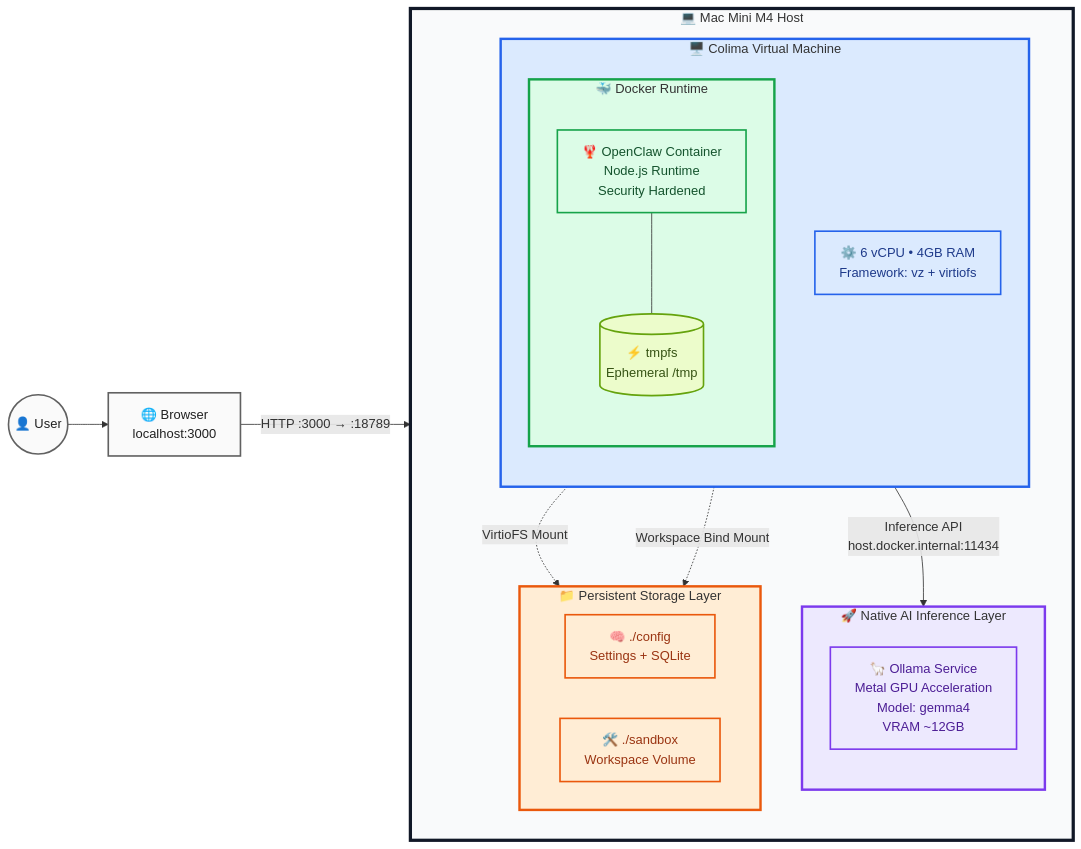
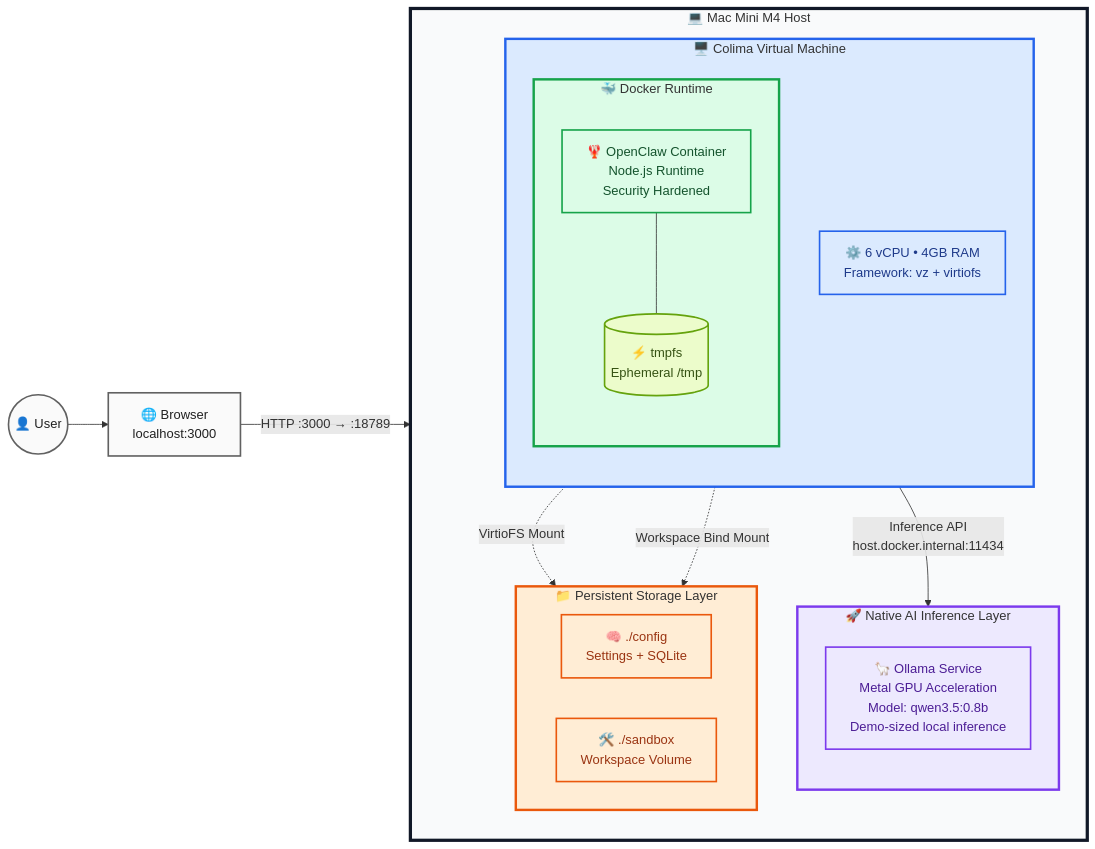
One commit to cuicaihao/openclaw-sandbox-macos changed the diagram in README.md. Above: the diagram before and after it, drawn with Mermaid. The commit also changed other lines of this file and 5 other files, not shown here.

````diff
--- a/README.md
+++ b/README.md
@@ -175,48 +176,48 @@
 ```mermaid
 flowchart LR
     classDef user fill:#fafafa,stroke:#616161,color:#212121,stroke-width:2px;
     classDef host fill:#f3f4f6,stroke:#374151,color:#111827,stroke-width:3px;
     classDef compute fill:#ede9fe,stroke:#7c3aed,color:#4c1d95,stroke-width:2px;
     classDef vm fill:#dbeafe,stroke:#2563eb,color:#1e3a8a,stroke-width:2px;
     classDef docker fill:#dcfce7,stroke:#16a34a,color:#14532d,stroke-width:2px;
     classDef storage fill:#ffedd5,stroke:#ea580c,color:#9a3412,stroke-width:2px;
     classDef tmp fill:#ecfccb,stroke:#65a30d,color:#365314,stroke-width:2px;
 
     User(("👤 User")):::user
     Browser["🌐 Browser<br/>localhost:3000"]:::user
     User --> Browser
 
     subgraph Host["💻 Mac Mini M4 Host"]
         direction TB
         subgraph Compute["🚀 Native AI Inference Layer"]
             direction TB
-            Ollama["🦙 Ollama Service<br/>Metal GPU Acceleration<br/>Model: gemma4<br/>VRAM ~12GB"]:::compute
+            Ollama["🦙 Ollama Service<br/>Metal GPU Acceleration<br/>Model: qwen3.5:0.8b<br/>Demo-sized local inference"]:::compute
         end
         subgraph VM["🖥️ Colima Virtual Machine"]
             direction TB
             VMConfig["⚙️ 6 vCPU • 4GB RAM<br/>Framework: vz + virtiofs"]:::vm
             subgraph Docker["🐳 Docker Runtime"]
                 direction TB
                 OpenClaw["🦞 OpenClaw Container<br/>Node.js Runtime<br/>Security Hardened"]:::docker
                 TmpFS[("⚡ tmpfs<br/>Ephemeral /tmp")]:::tmp
             end
         end
         subgraph Storage["📁 Persistent Storage Layer"]
             direction LR
             Config["🧠 ./config<br/>Settings + SQLite"]:::storage
             Workspace["🛠️ ./sandbox<br/>Workspace Volume"]:::storage
         end
     end
 
     Browser -->|"HTTP :3000 → :18789"| OpenClaw
     OpenClaw -->|"Inference API<br/>host.docker.internal:11434"| Ollama
     OpenClaw -.->|"VirtioFS Mount"| Config
     OpenClaw -.->|"Workspace Bind Mount"| Workspace
     OpenClaw --- TmpFS
 
     style Host fill:#f9fafb,stroke:#111827,stroke-width:4px
     style Compute fill:#ede9fe,stroke:#7c3aed,stroke-width:3px
     style VM fill:#dbeafe,stroke:#2563eb,stroke-width:3px
     style Docker fill:#dcfce7,stroke:#16a34a,stroke-width:3px
     style Storage fill:#ffedd5,stroke:#ea580c,stroke-width:3px
 ```
````
